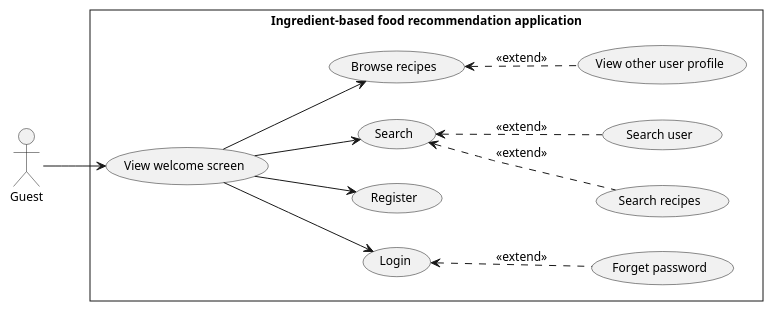
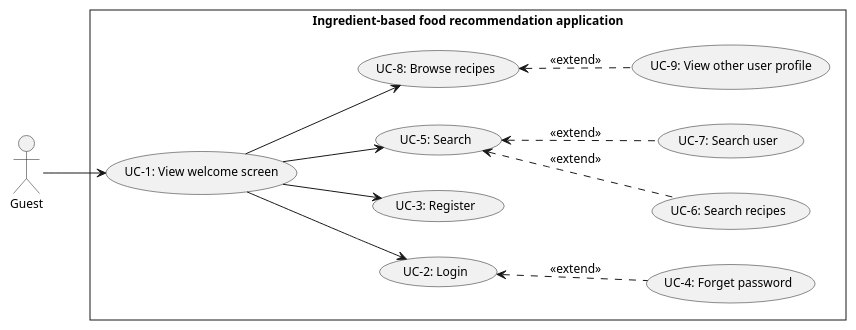
One commit to Carl-Johnsons/tastopia changed the diagram in doc/SRS/Usecase/GuestUsecase.plantuml. Above: the diagram before and after it, drawn with PlantUML. The commit also changed 2 other files, not shown here.

Commit message:
doc: add include login and numbering usecase

```diff
--- a/doc/SRS/Usecase/GuestUsecase.plantuml
+++ b/doc/SRS/Usecase/GuestUsecase.plantuml
@@ -1,30 +1,30 @@
 @startuml GuestUsecase
 skinparam style strictuml
 skinparam monochrome true
 skinparam linetype polyline
 skinparam defaultFontSize 12
 left to right direction
 actor "Guest" as guest
 
 rectangle Ingredient-based<U+0020>food<U+0020>recommendation<U+0020>application {
-  usecase "Login" as ucLogin
-  usecase "View welcome screen" as ucViewWelcome
-  usecase "Register" as ucRegister
-  usecase "Forget password" as ucForgetPassword
-  usecase "Search" as ucSearch
-  usecase "Search recipes" as ucSearchRecipes
-  usecase "Search user" as ucSearchUser
-  usecase "Browse recipes" as ucBrowseRecipes
-  usecase "View other user profile" as ucViewUSProfile
+usecase "UC-1: View welcome screen" as ucViewWelcome
+    usecase "UC-2: Login" as ucLogin
+    usecase "UC-3: Register" as ucRegister
+    usecase "UC-4: Forget password" as ucForgetPassword
+    usecase "UC-5: Search" as ucSearch
+    usecase "UC-6: Search recipes" as ucSearchRecipes
+    usecase "UC-7: Search user" as ucSearchUser
+    usecase "UC-8: Browse recipes" as ucBrowseRecipes
+    usecase "UC-9: View other user profile" as ucViewUSProfile
 }
 
 guest --> ucViewWelcome
     ucViewWelcome --> ucLogin
         ucLogin <.. ucForgetPassword : <<extend>>
     ucViewWelcome --> ucRegister
     ucViewWelcome --> ucSearch
         ucSearch <.. ucSearchRecipes : <<extend>>
         ucSearch <.. ucSearchUser : <<extend>>
     ucViewWelcome --> ucBrowseRecipes
         ucBrowseRecipes <.. ucViewUSProfile : <<extend>>
 @enduml
```
